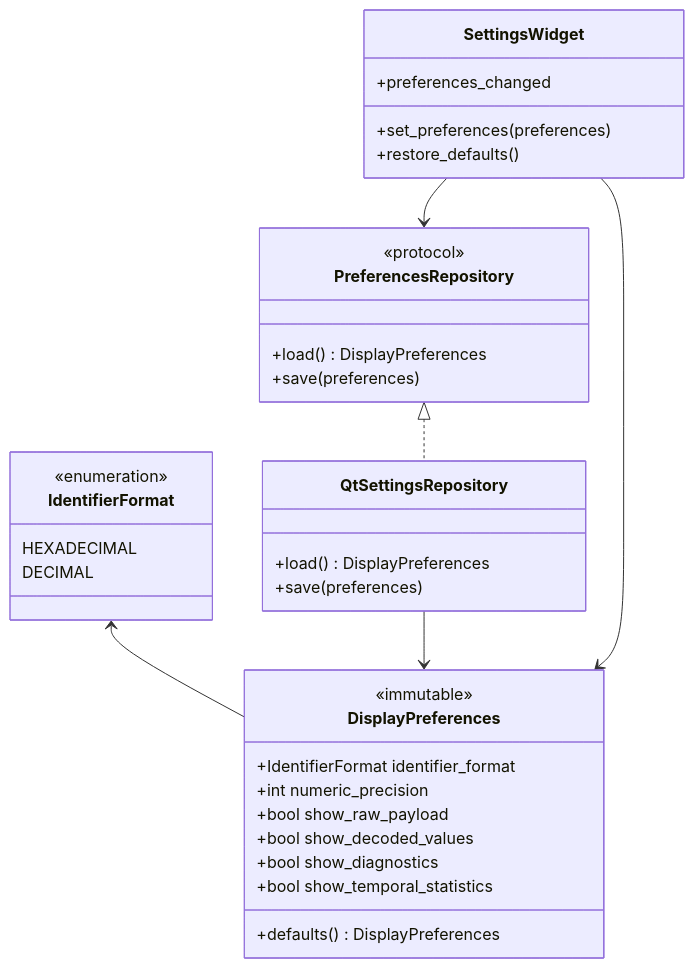
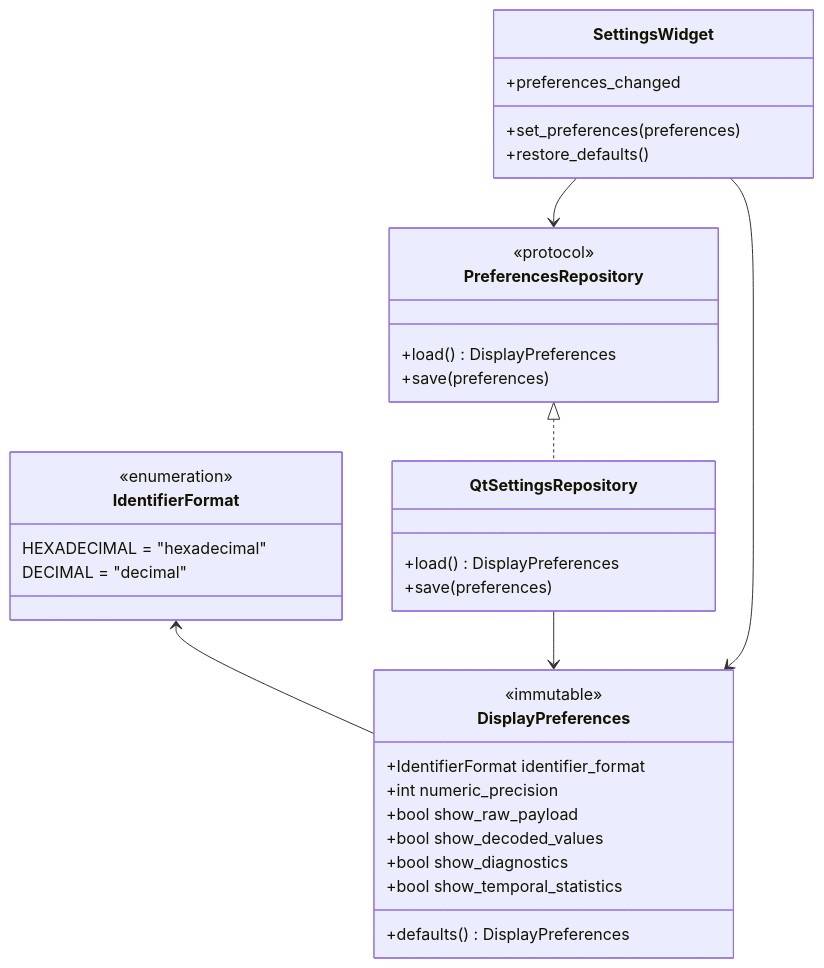
Before and after one commit to benoit-bremaud/can-sniffer: the diagram in docs/architecture/diagrams/display-settings/04-class.md, drawn with Mermaid. The commit also changed other lines of this file and 2 other files, not shown here.

Commit message:
docs(settings): address PR 27 review feedback
Define the stable QSettings namespace and numeric precision semantics. Document the persisted values of IdentifierFormat members in the class diagram.

````diff
--- a/docs/architecture/diagrams/display-settings/04-class.md
+++ b/docs/architecture/diagrams/display-settings/04-class.md
@@ -13,42 +13,42 @@
 ```mermaid
 classDiagram
     class IdentifierFormat {
         <<enumeration>>
-        HEXADECIMAL
-        DECIMAL
+        HEXADECIMAL = "hexadecimal"
+        DECIMAL = "decimal"
     }
 
     class DisplayPreferences {
         <<immutable>>
         +IdentifierFormat identifier_format
         +int numeric_precision
         +bool show_raw_payload
         +bool show_decoded_values
         +bool show_diagnostics
         +bool show_temporal_statistics
         +defaults() DisplayPreferences
     }
 
     class PreferencesRepository {
         <<protocol>>
         +load() DisplayPreferences
         +save(preferences)
     }
 
     class QtSettingsRepository {
         +load() DisplayPreferences
         +save(preferences)
     }
 
     class SettingsWidget {
         +set_preferences(preferences)
         +preferences_changed
         +restore_defaults()
     }
 
     IdentifierFormat <-- DisplayPreferences
     PreferencesRepository <|.. QtSettingsRepository
     QtSettingsRepository --> DisplayPreferences
     SettingsWidget --> DisplayPreferences
     SettingsWidget --> PreferencesRepository
 ```
````
